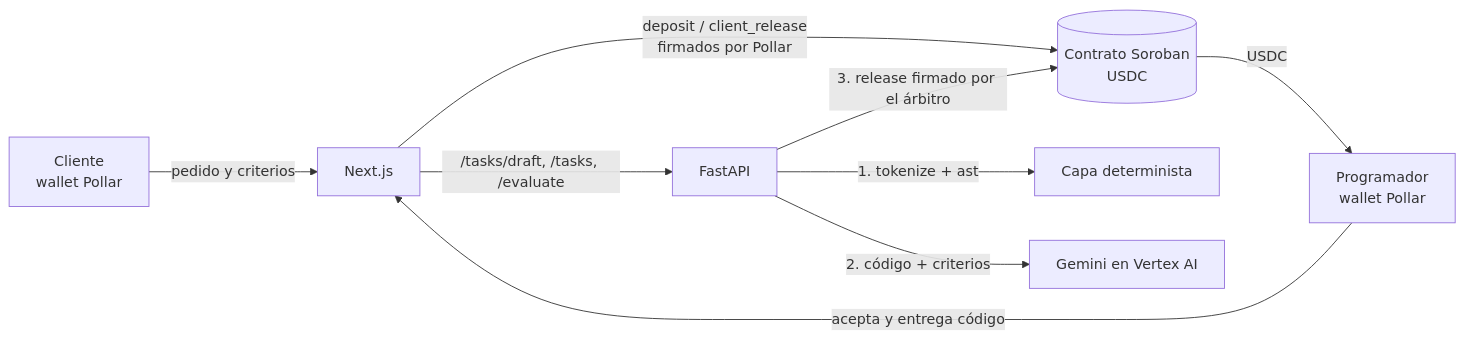
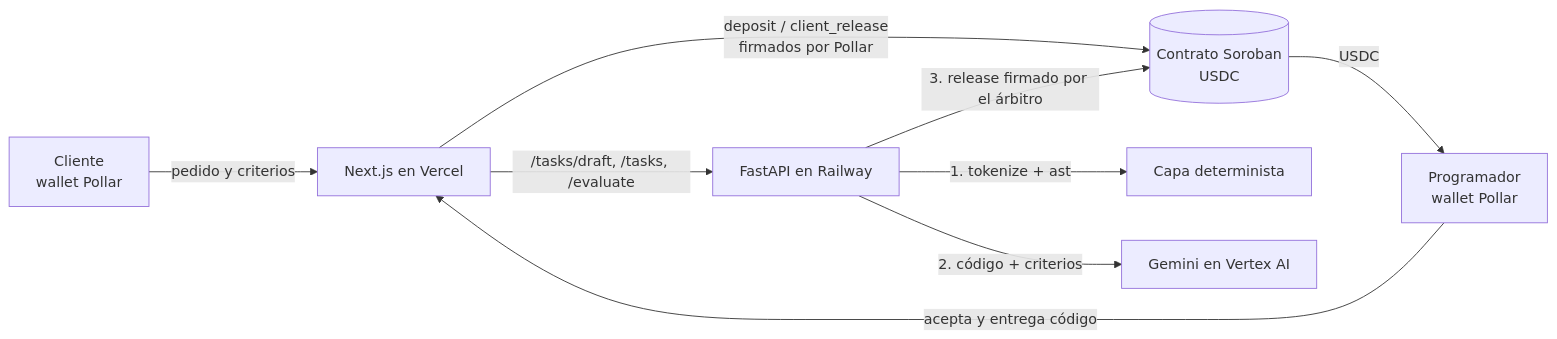
One commit to rodyxdev/cumpleycobra changed the diagram in README.md. Above: the diagram before and after it, drawn with Mermaid. The commit also changed other lines of this file, not shown here.

````diff
--- a/README.md
+++ b/README.md
@@ -23,11 +24,11 @@
 ```mermaid
 flowchart LR
-  CL[Cliente<br/>wallet Pollar] -->|pedido y criterios| FE[Next.js]
+  CL[Cliente<br/>wallet Pollar] -->|pedido y criterios| FE[Next.js en Vercel]
   PR[Programador<br/>wallet Pollar] -->|acepta y entrega código| FE
   FE -->|deposit / client_release<br/>firmados por Pollar| SC[(Contrato Soroban<br/>USDC)]
-  FE -->|/tasks/draft, /tasks, /evaluate| BE[FastAPI]
+  FE -->|/tasks/draft, /tasks, /evaluate| BE[FastAPI en Railway]
   BE -->|1. tokenize + ast| DET[Capa determinista]
   BE -->|2. código + criterios| GM[Gemini en Vertex AI]
   BE -->|3. release firmado por el árbitro| SC
   SC -->|USDC| PR
 ```
````
